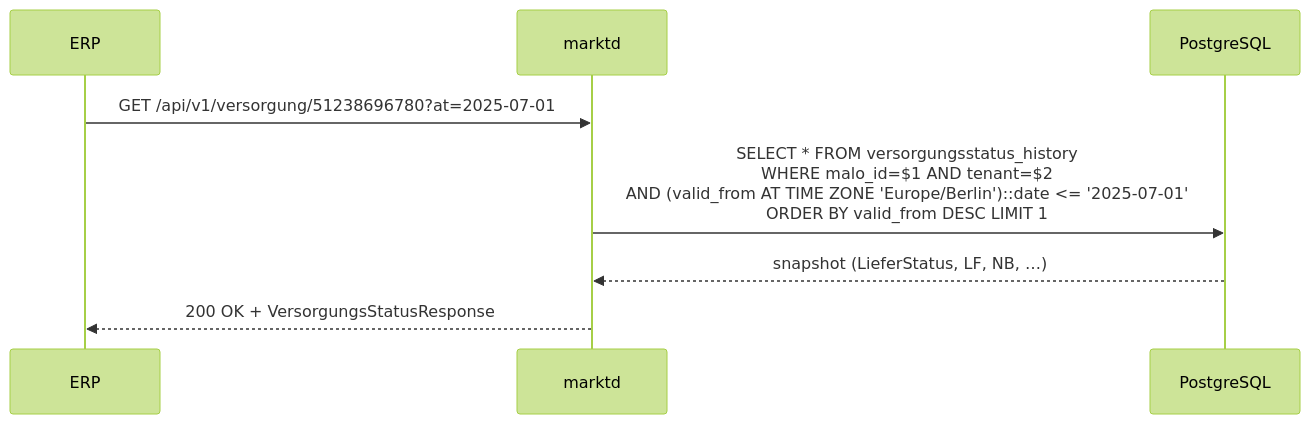
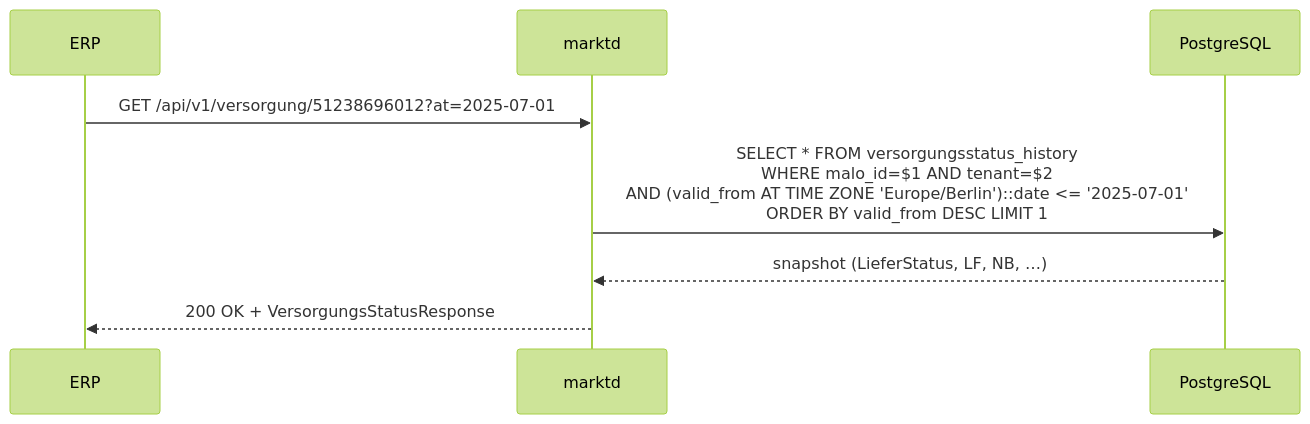
Before and after one commit to hupe1980/mako: the fourth of 6 diagrams in site/content/docs/services/marktd.md, drawn with Mermaid (forest theme). The commit also changed other lines of this file and 231 other files, not shown here.

````diff
--- a/site/content/docs/services/marktd.md
+++ b/site/content/docs/services/marktd.md
@@ -1211,11 +1211,11 @@
 ```mermaid
 sequenceDiagram
     participant ERP
     participant marktd
     participant PostgreSQL
 
-    ERP->>marktd: GET /api/v1/versorgung/51238696780?at=2025-07-01
+    ERP->>marktd: GET /api/v1/versorgung/51238696012?at=2025-07-01
     marktd->>PostgreSQL: SELECT * FROM versorgungsstatus_history<br/>WHERE malo_id=$1 AND tenant=$2<br/>AND (valid_from AT TIME ZONE 'Europe/Berlin')::date <= '2025-07-01'<br/>ORDER BY valid_from DESC LIMIT 1
     PostgreSQL-->>marktd: snapshot (LieferStatus, LF, NB, …)
     marktd-->>ERP: 200 OK + VersorgungsStatusResponse
 ```
````
